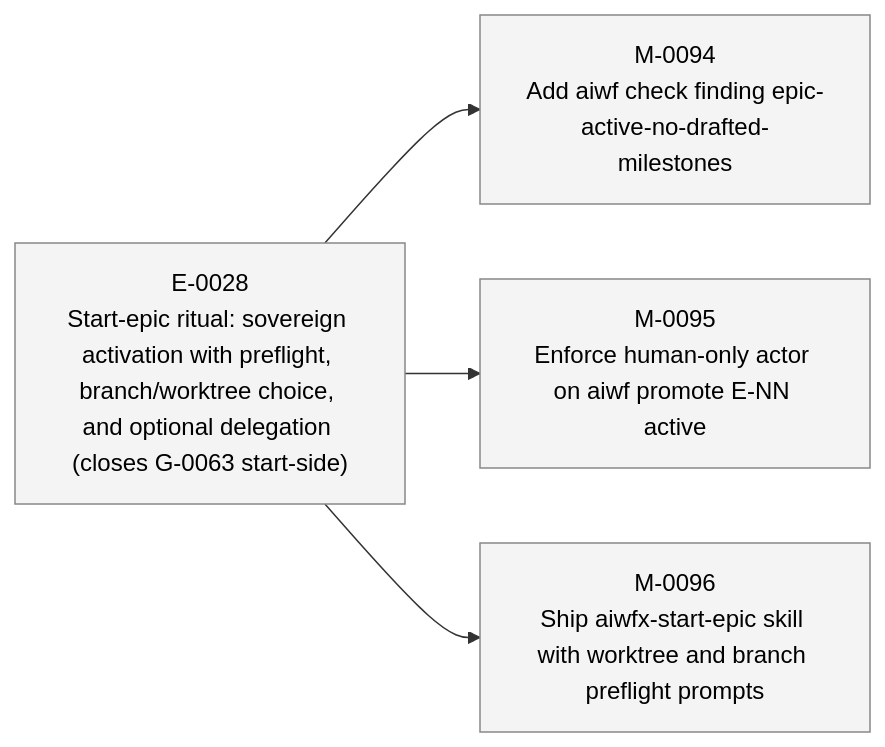
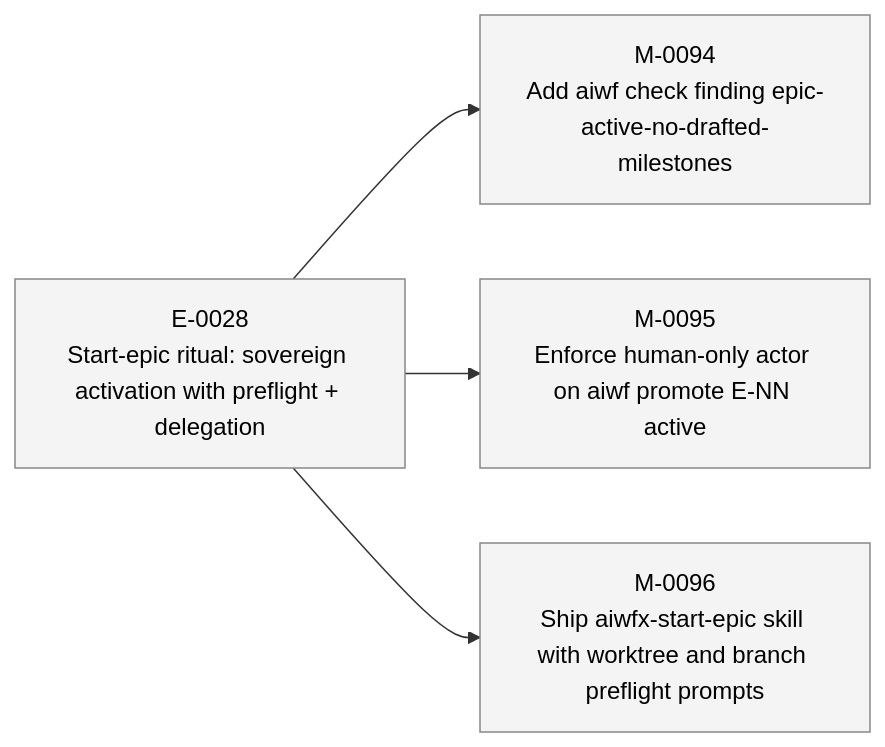
The third of 3 diagrams in STATUS.md (23min/aiwf), drawn with Mermaid before and after one commit. The commit also changed other lines of this file and 1 other file, not shown here.

First line of the commit message:
aiwf retitle E-0028 -> "Start-epic ritual: sovereign activation with preflight + delegation"

````diff
--- a/STATUS.md
+++ b/STATUS.md
@@ -70,16 +70,16 @@
 ```mermaid
 flowchart LR
-  E_0028["E-0028<br/>Start-epic ritual: sovereign activation with preflight, branch/worktree choice, and optional delegation (closes G-0063 start-side)"]:::epic_proposed
+  E_0028["E-0028<br/>Start-epic ritual: sovereign activation with preflight + delegation"]:::epic_proposed
   M_0094["M-0094<br/>Add aiwf check finding epic-active-no-drafted-milestones"]:::ms_draft
   E_0028 --> M_0094
   M_0095["M-0095<br/>Enforce human-only actor on aiwf promote E-NN active"]:::ms_draft
   E_0028 --> M_0095
   M_0096["M-0096<br/>Ship aiwfx-start-epic skill with worktree and branch preflight prompts"]:::ms_draft
   E_0028 --> M_0096
   classDef epic_active fill:#d6eaff,stroke:#1a73e8,color:#000
   classDef epic_proposed fill:#f4f4f4,stroke:#888,color:#000
   classDef ms_done fill:#d8f5d8,stroke:#2a8a2a,color:#000
   classDef ms_in_progress fill:#fff3c4,stroke:#caa400,color:#000
   classDef ms_draft fill:#f4f4f4,stroke:#888,color:#000
   classDef ms_cancelled fill:#fbeaea,stroke:#c33,color:#000
 ```
````
